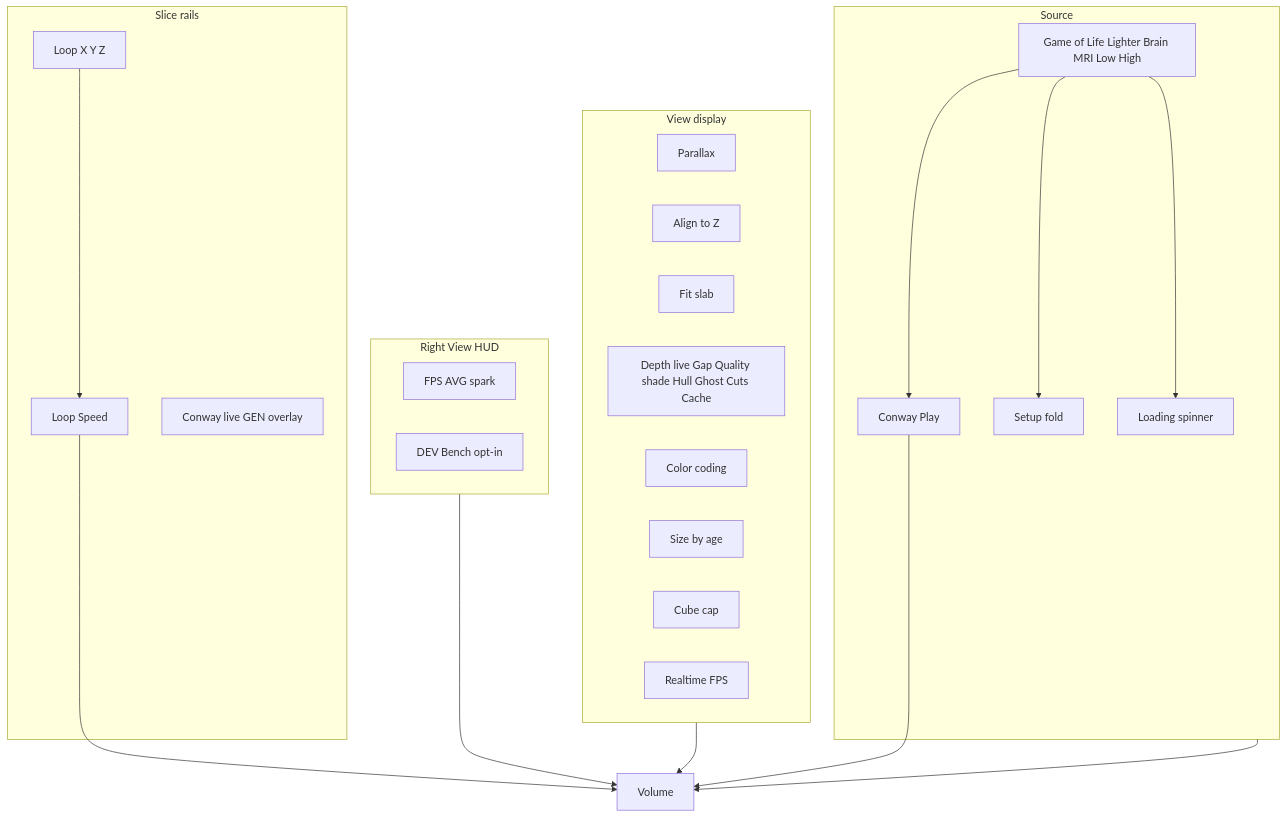
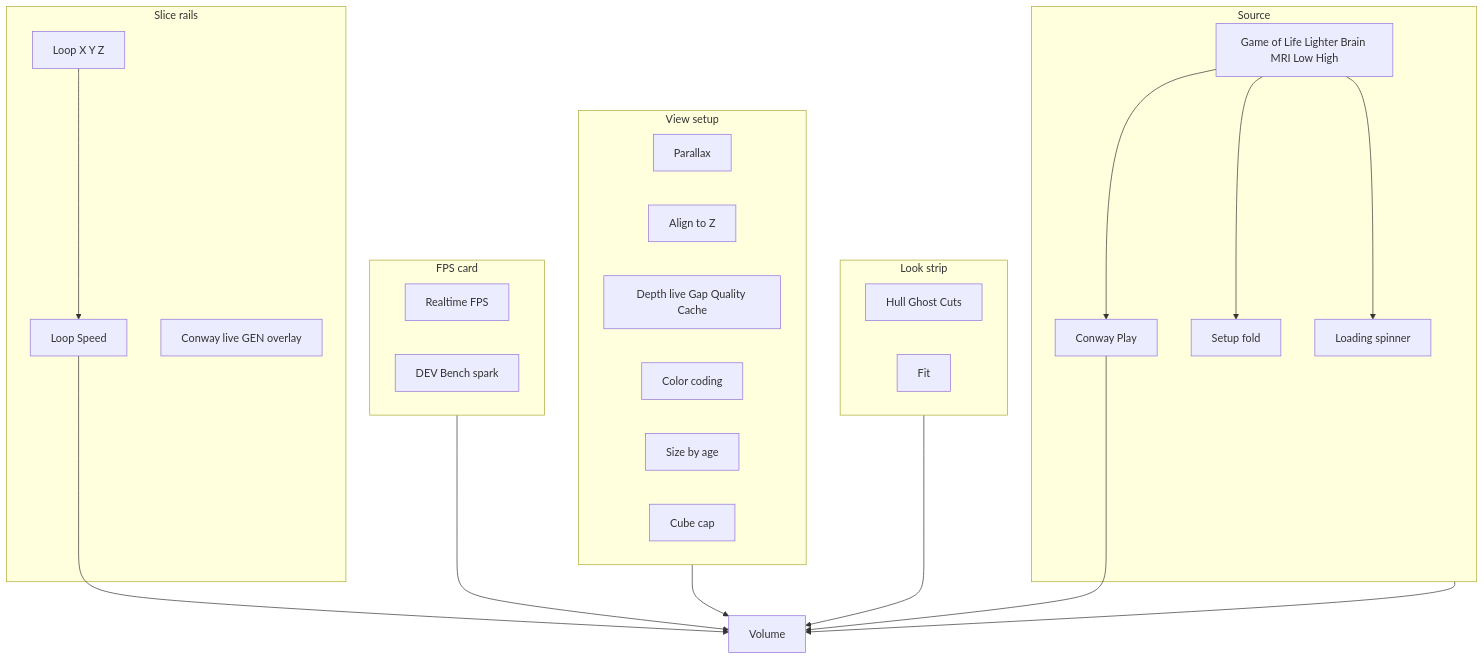
One commit to PiMaV/DONNER changed the seventh of 23 diagrams in docs/gui.md. Above: the diagram before and after it, drawn with Mermaid. The commit also changed other lines of this file and 11 other files, not shown here.

Commit message:
Split Look shortcuts and FPS telemetry off the View rail so shade, Fit, and the bench card stay usable while changing settings.

````diff
--- a/docs/gui.md
+++ b/docs/gui.md
@@ -178,37 +213,40 @@
 ```mermaid
 flowchart TB
-  subgraph view [View display]
+  subgraph look [Look strip]
+    shade[Hull Ghost Cuts]
+    fitBtn[Fit]
+  end
+  subgraph view [View setup]
     bird[Parallax]
     align[Align to Z]
-    fit[Fit slab]
-    win[Depth live Gap Quality shade Hull Ghost Cuts Cache]
+    win[Depth live Gap Quality Cache]
     color[Color coding]
     stab[Size by age]
     cap[Cube cap]
+  end
+  subgraph hud [FPS card]
     fps[Realtime FPS]
-  end
-  subgraph hud [Right View HUD]
-    telemetry[FPS AVG spark]
-    bench[DEV Bench opt-in]
+    bench[DEV Bench spark]
   end
   subgraph source [Source]
     kind[Game of Life Lighter Brain MRI Low High]
     golPlay[Conway Play]
     setup[Setup fold]
     load[Loading spinner]
   end
   subgraph rails [Slice rails]
     play[Loop Speed]
     axes[Loop X Y Z]
     gen[Conway live GEN overlay]
   end
-  view --> volume[Volume]
+  look --> volume[Volume]
+  view --> volume
   hud --> volume
   play --> volume
   golPlay --> volume
   source --> volume
   kind --> golPlay
   kind --> setup
   kind --> load
   axes --> play
 ```
````
